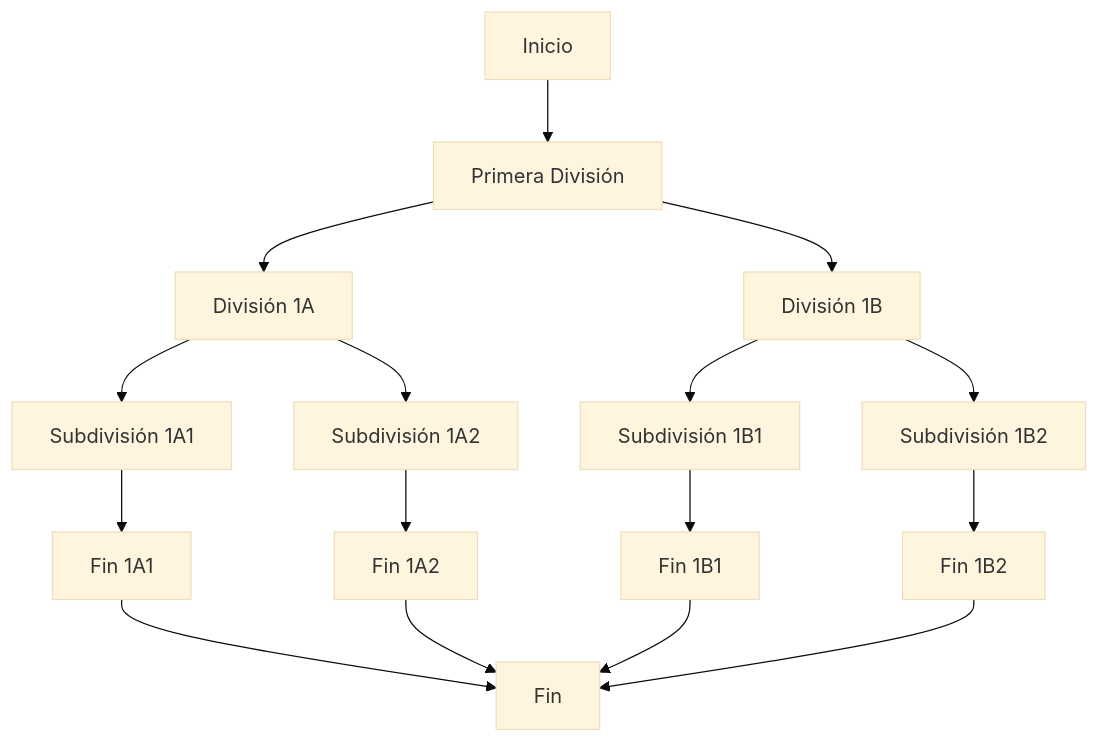
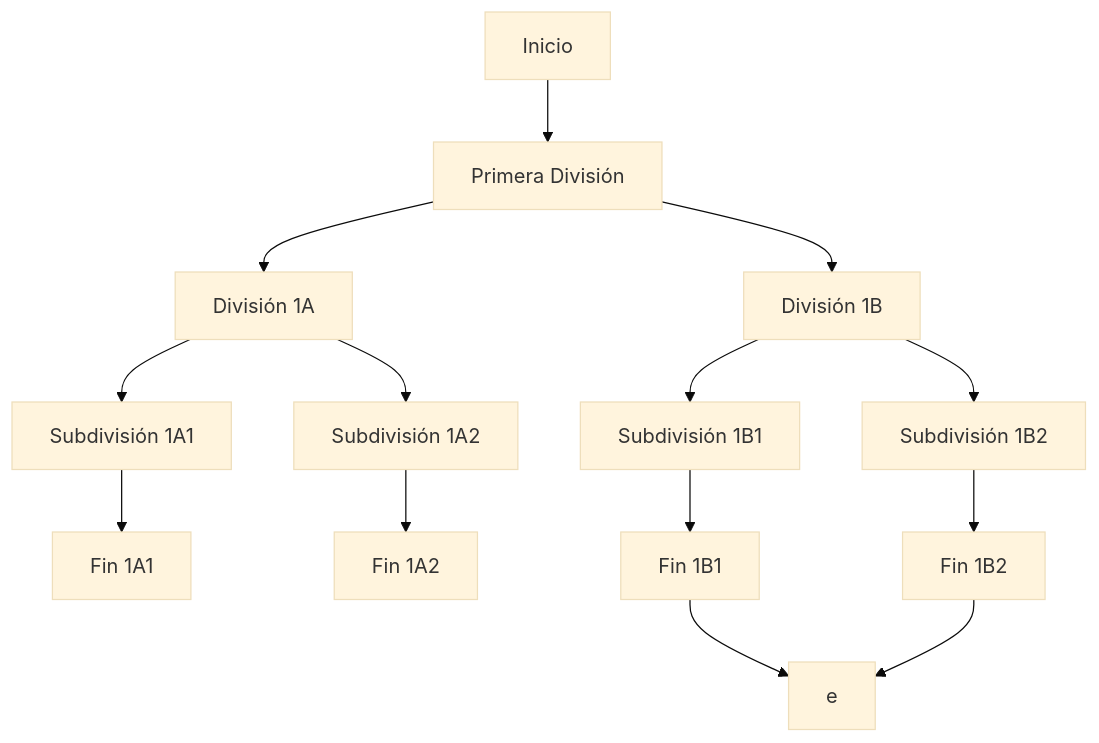
The diagram in 01_Factores_expansión.md (AlejandroPerezPortocarrero/Descriptive_analysis_ENAHO), drawn with Mermaid (base theme) before and after one commit. The commit also changed other lines of this file, not shown here.

````diff
--- a/01_Factores_expansión.md
+++ b/01_Factores_expansión.md
@@ -67,19 +67,17 @@
 ```mermaid
 graph TD;
     st[Inicio] --> split1[Primera División];
     split1 --> split2a[División 1A];
     split1 --> split2b[División 1B];
     split2a --> split3a[Subdivisión 1A1];
     split2a --> split3b[Subdivisión 1A2];
     split2b --> split5a[Subdivisión 1B1];
     split2b --> split5b[Subdivisión 1B2];
     split3a --> split4a[Fin 1A1];
     split3b --> split4b[Fin 1A2];
     split5a --> split6a[Fin 1B1];
     split5b --> split6b[Fin 1B2];
-    split4a --> e[Fin];
-    split4b --> e;
     split6a --> e;
     split6b --> e;
 
-```    
+```
````
